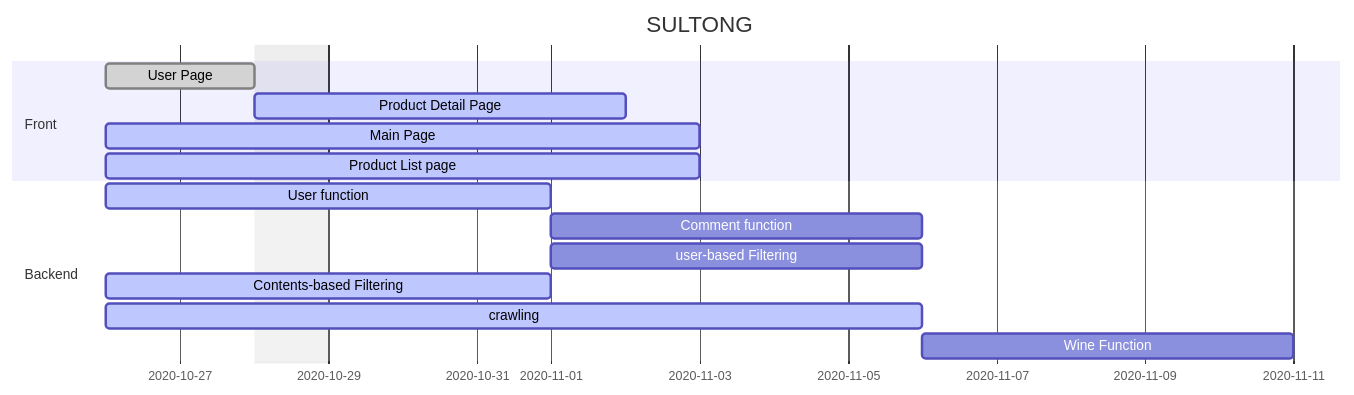
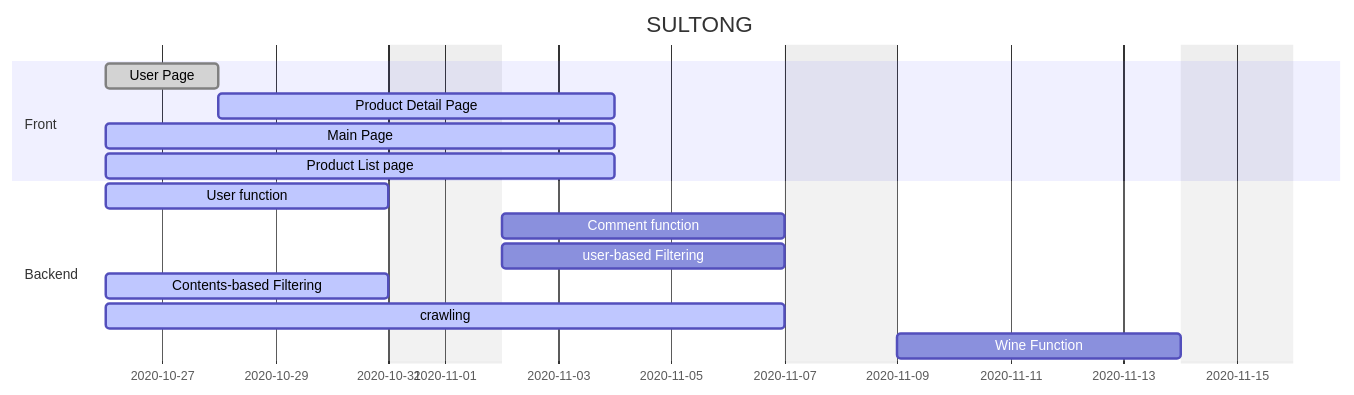
The diagram in README.md (ahrtz/wini), drawn with Mermaid before and after one commit.

````diff
--- a/README.md
+++ b/README.md
@@ -5,24 +5,24 @@
 ```mermaid
 gantt
 dateFormat  YYYY-MM-DD
 title SULTONG
-excludes weekdays 2020-10-28
+excludes weekends saturday,sunday
 
 section Front
 
 User Page               :done,  		front1, 2020-10-26, 2d
 Product Detail Page 	:active,		front2, after font1, 5d
 Main Page               :active,  	front3, 2020-10-26, 7d
 Product List page       :active,     front4, 2020-10-26, 7d
 
 
 section Backend
 User function               :active,  back1, 2020-10-26, 5d
 
 Comment function            :         back4, after back1, 5d
 user-based Filtering      	:         back5, after back1, 5d
 Contents-based Filtering    :active,  back3, 2020-10-26, 5d
 crawling               		:active,  back2, 2020-10-26, 10d
 Wine Function 				:         back6, after back2, 5d
 
 ```
````
